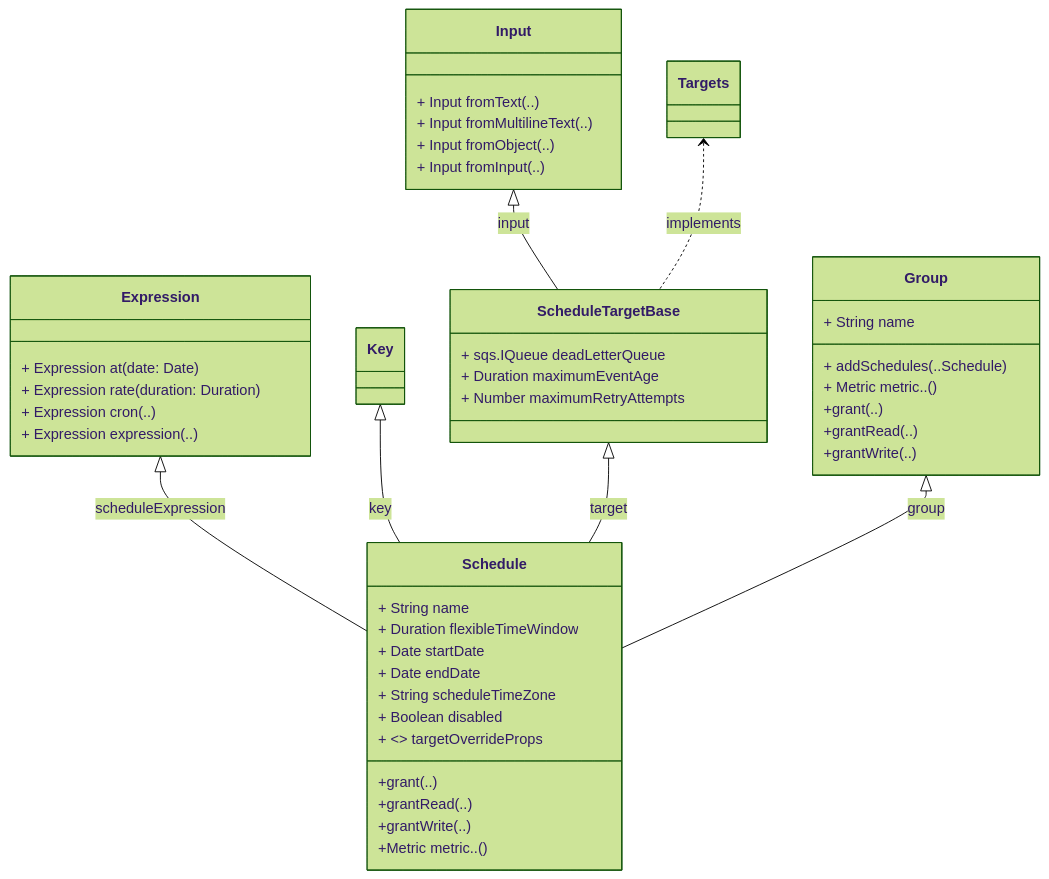
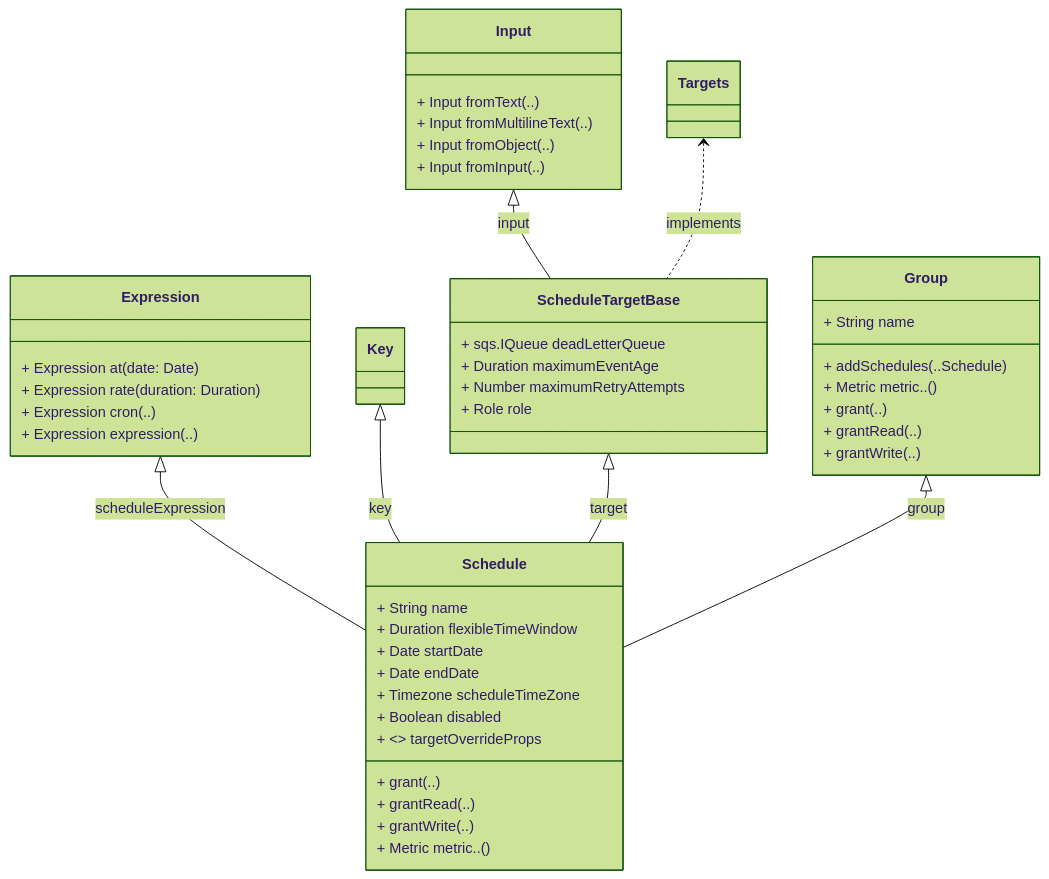
The diagram in text/0474-event-bridge-scheduler-l2.md (aws/aws-cdk-rfcs), drawn with Mermaid (forest theme) before and after one commit.

Commit message:
Update mermaid class diagram

````diff
--- a/text/0474-event-bridge-scheduler-l2.md
+++ b/text/0474-event-bridge-scheduler-l2.md
@@ -461,54 +461,55 @@
 ```mermaid
 classDiagram
     Expression <|-- Schedule : scheduleExpression
     Key <|-- Schedule : key
     ScheduleTargetBase <|-- Schedule : target
     Group <|-- Schedule : group
     Input <|-- ScheduleTargetBase : input
     Targets <.. ScheduleTargetBase : implements
 
     class Schedule {
         + String name
         + Duration flexibleTimeWindow 
         + Date startDate
         + Date endDate
-        + String scheduleTimeZone 
+        + Timezone scheduleTimeZone 
         + Boolean disabled 
 
         + <> targetOverrideProps
 
-        +grant(..)
-        +grantRead(..)
-        +grantWrite(..)
-        +Metric metric..() 
+        + grant(..)
+        + grantRead(..)
+        + grantWrite(..)
+        + Metric metric..() 
     }
     class Expression {
         + Expression at(date: Date)
         + Expression rate(duration: Duration) 
         + Expression cron(..)
         + Expression expression(..)
     }
 
     class Group {
         + String name
         + addSchedules(..Schedule)
 
         + Metric metric..()
-        +grant(..)
-        +grantRead(..)
-        +grantWrite(..)
+        + grant(..)
+        + grantRead(..)
+        + grantWrite(..)
     }
 
     class ScheduleTargetBase {
         + sqs.IQueue deadLetterQueue
         + Duration maximumEventAge
         + Number maximumRetryAttempts
+        + Role role
     }
 
     class Input {
         + Input fromText(..)
         + Input fromMultilineText(..)
         + Input fromObject(..)
         + Input fromInput(..)
     }
 ```
````
